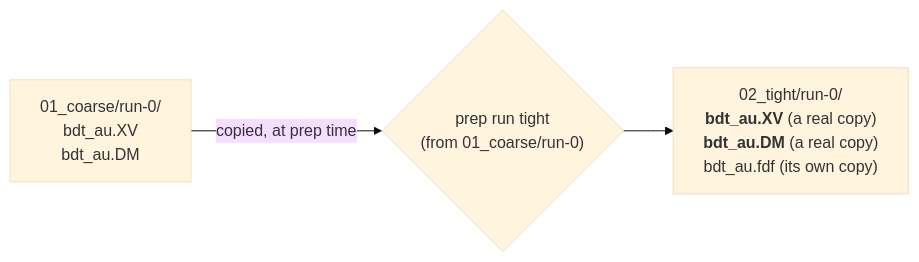
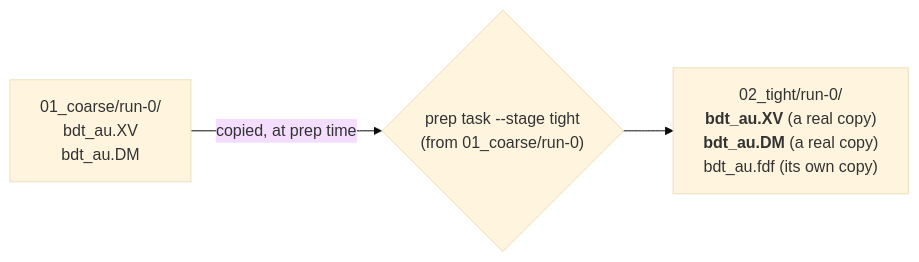
Before and after one commit to Qing-LAB/molbuilder: the eighth of 10 diagrams in docs/execution/project-layout.md, drawn with Mermaid (base theme). The commit also changed other lines of this file and 30 other files, not shown here.

````diff
--- a/docs/execution/project-layout.md
+++ b/docs/execution/project-layout.md
@@ -1709,7 +1711,7 @@
 ```mermaid
 flowchart LR
     A["01_coarse/run-0/<br/>bdt_au.XV<br/>bdt_au.DM"]
-    P{"prep run tight<br/>(from 01_coarse/run-0)"}
+    P{"prep task --stage tight<br/>(from 01_coarse/run-0)"}
     B["02_tight/run-0/<br/><b>bdt_au.XV</b> (a real copy)<br/><b>bdt_au.DM</b> (a real copy)<br/>bdt_au.fdf (its own copy)"]
     A -->|"copied, at prep time"| P --> B
 ```
````
